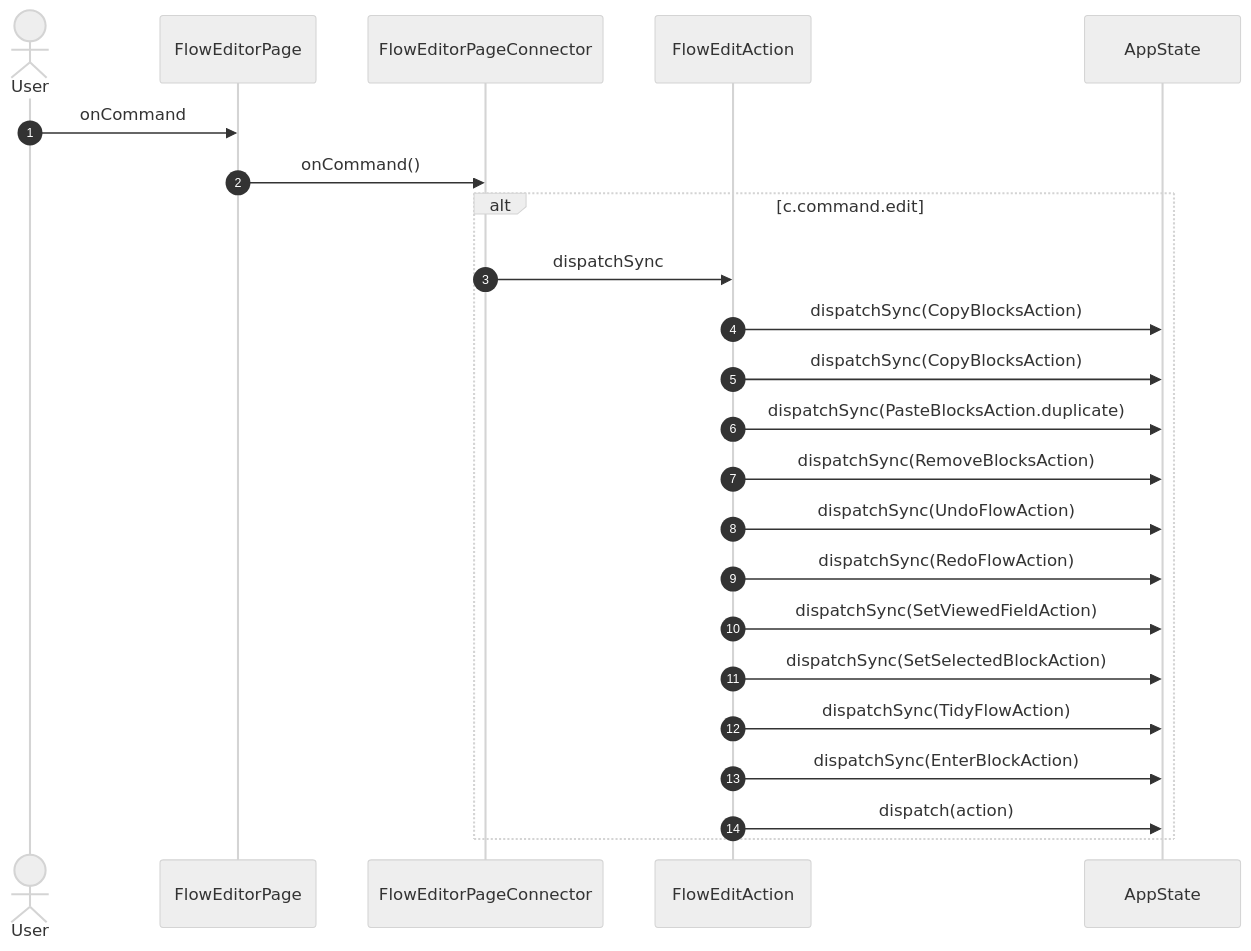
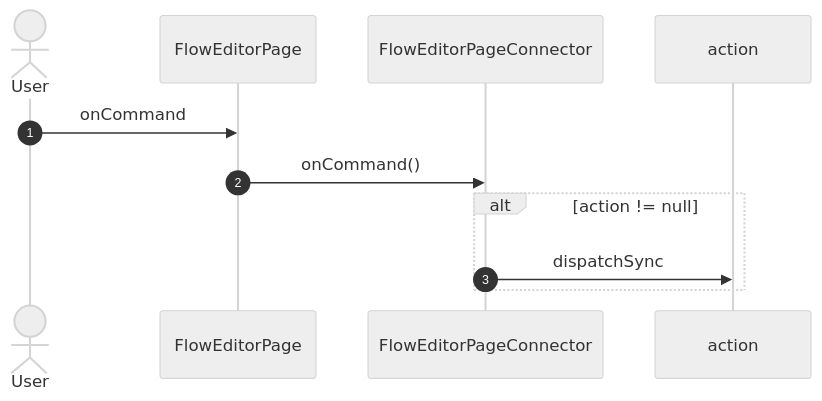
Before and after one commit to gencto/wyrm: diagram 27 of 41 in studio/docs/flows/flowEditor.md, drawn with Mermaid (neutral theme). The commit also changed other lines of this file and 19 other files, not shown here.

First line of the commit message:
studio: flow editor: questions keyed by what answers them; a connector under 400 lines

````diff
--- a/studio/docs/flows/flowEditor.md
+++ b/studio/docs/flows/flowEditor.md
@@ -341,26 +457,14 @@
 ```mermaid
 sequenceDiagram
     autonumber
     actor User
     participant UI as FlowEditorPage
     participant VM as FlowEditorPageConnector
-    participant A1 as FlowEditAction
-    participant ST as AppState
+    participant A1 as action
 
     User->>UI: onCommand
     UI->>VM: onCommand()
-    alt c.command.edit
+    alt action != null
         VM->>A1: dispatchSync
-        A1->>ST: dispatchSync(CopyBlocksAction)
-        A1->>ST: dispatchSync(CopyBlocksAction)
-        A1->>ST: dispatchSync(PasteBlocksAction.duplicate)
-        A1->>ST: dispatchSync(RemoveBlocksAction)
-        A1->>ST: dispatchSync(UndoFlowAction)
-        A1->>ST: dispatchSync(RedoFlowAction)
-        A1->>ST: dispatchSync(SetViewedFieldAction)
-        A1->>ST: dispatchSync(SetSelectedBlockAction)
-        A1->>ST: dispatchSync(TidyFlowAction)
-        A1->>ST: dispatchSync(EnterBlockAction)
-        A1->>ST: dispatch(action)
     end
 ```
````
